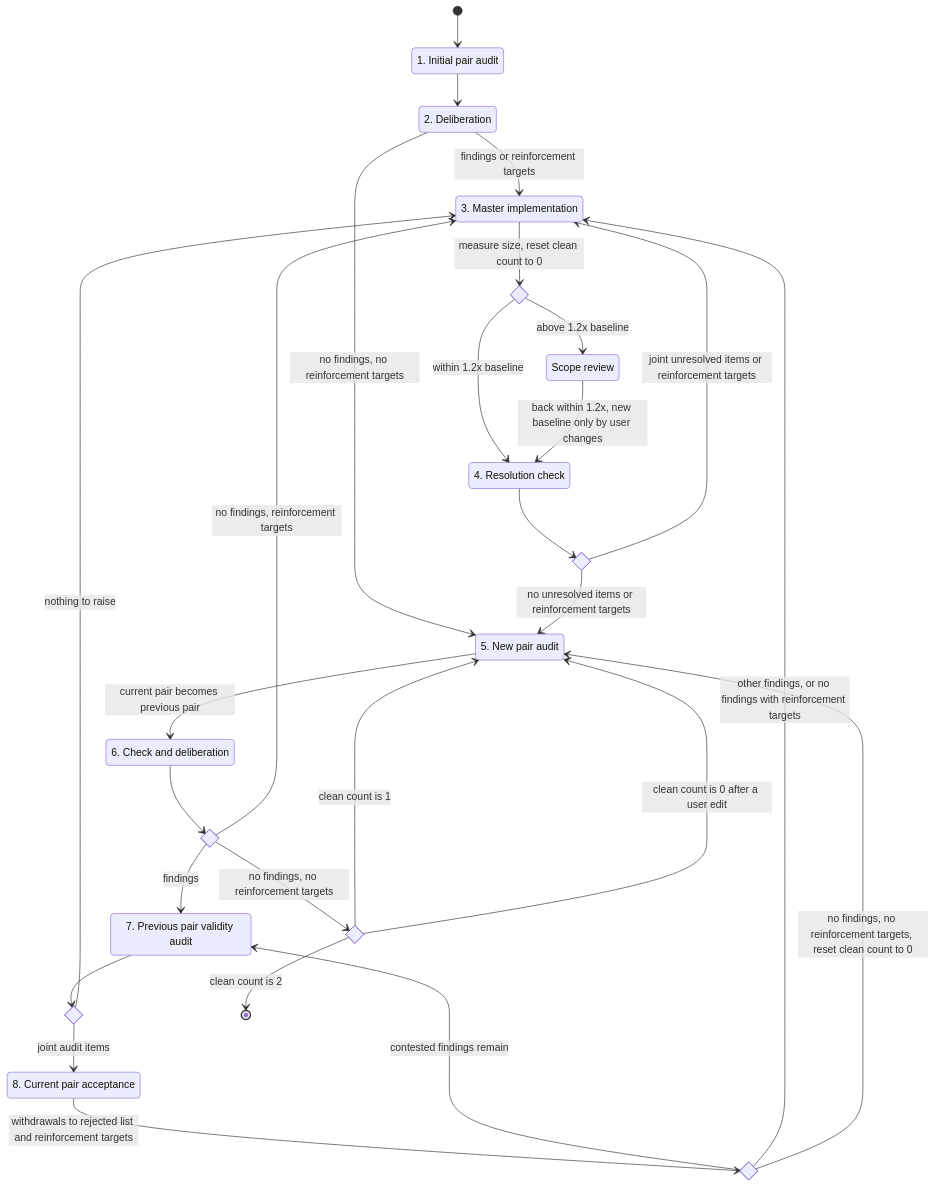
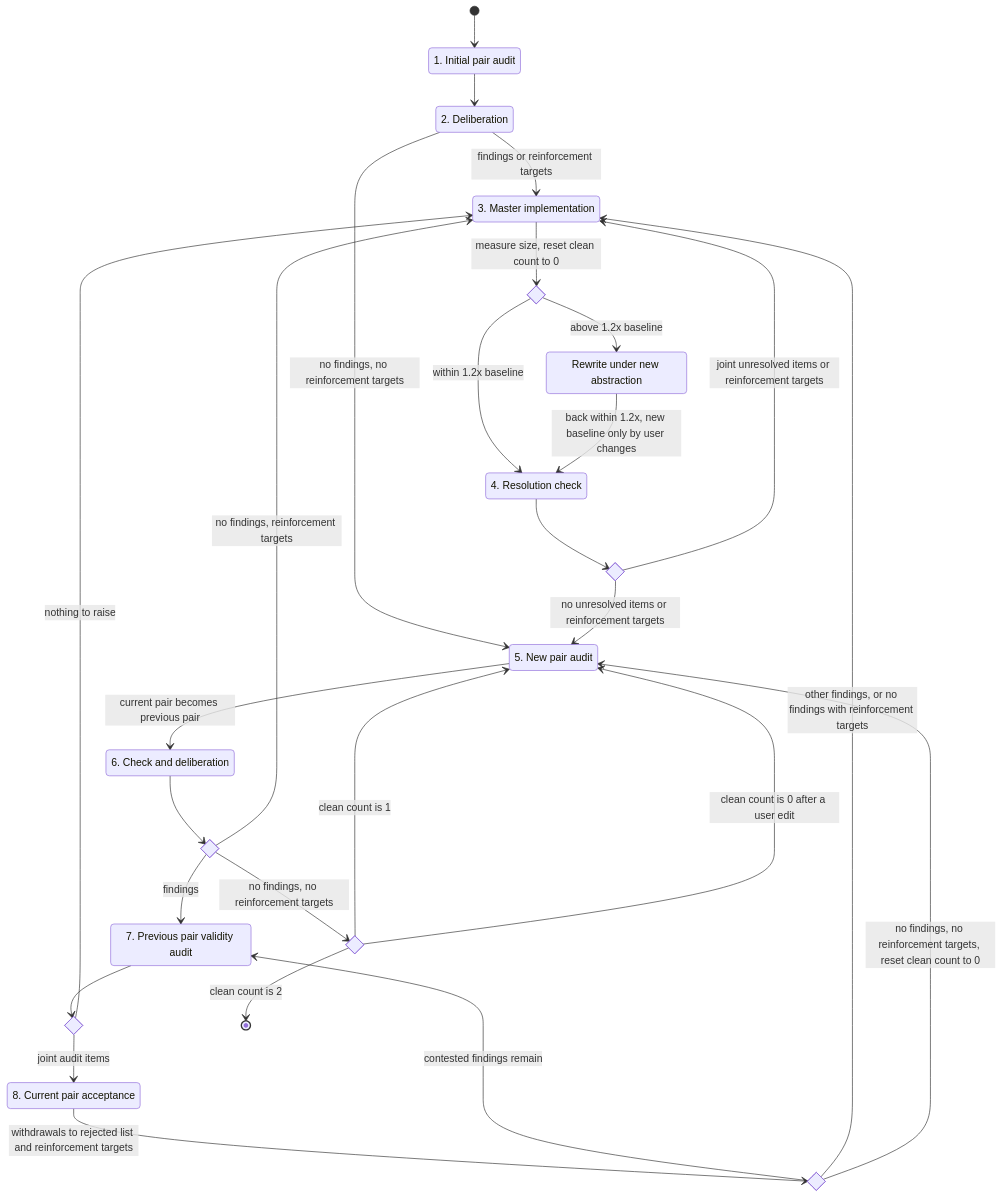
The diagram in .agents/skills/self-improvement-loop-local/SKILL.md (u1f992/dotfiles), drawn with Mermaid before and after one commit. The commit also changed other lines of this file, not shown here.

Commit message:
Treat growth budget overruns as a call to revisit the abstraction

````diff
--- a/.agents/skills/self-improvement-loop-local/SKILL.md
+++ b/.agents/skills/self-improvement-loop-local/SKILL.md
@@ -74,45 +74,45 @@
 ```mermaid
 stateDiagram-v2
     state "1. Initial pair audit" as S1
     state "2. Deliberation" as S2
     state "3. Master implementation" as S3
     state "4. Resolution check" as S4
     state "5. New pair audit" as S5
     state "6. Check and deliberation" as S6
     state "7. Previous pair validity audit" as S7
     state "8. Current pair acceptance" as S8
     state measure <<choice>>
     state resolved <<choice>>
     state judged <<choice>>
     state streak <<choice>>
     state validity <<choice>>
     state resubmitted <<choice>>
-    state "Scope review" as Review
+    state "Rewrite under new abstraction" as Rewrite
 
     [*] --> S1
     S1 --> S2
     S2 --> S3 : findings or reinforcement targets
     S2 --> S5 : no findings, no reinforcement targets
     S3 --> measure : measure size, reset clean count to 0
-    measure --> Review : above 1.2x baseline
+    measure --> Rewrite : above 1.2x baseline
     measure --> S4 : within 1.2x baseline
-    Review --> S4 : back within 1.2x, new baseline only by user changes
+    Rewrite --> S4 : back within 1.2x, new baseline only by user changes
     S4 --> resolved
     resolved --> S5 : no unresolved items or reinforcement targets
     resolved --> S3 : joint unresolved items or reinforcement targets
     S5 --> S6 : current pair becomes previous pair
     S6 --> judged
     judged --> S7 : findings
     judged --> S3 : no findings, reinforcement targets
     judged --> streak : no findings, no reinforcement targets
     streak --> S5 : clean count is 1
     streak --> S5 : clean count is 0 after a user edit
     streak --> [*] : clean count is 2
     S7 --> validity
     validity --> S3 : nothing to raise
     validity --> S8 : joint audit items
     S8 --> resubmitted : withdrawals to rejected list and reinforcement targets
     resubmitted --> S7 : contested findings remain
     resubmitted --> S3 : other findings, or no findings with reinforcement targets
     resubmitted --> S5 : no findings, no reinforcement targets, reset clean count to 0
 ```
````
